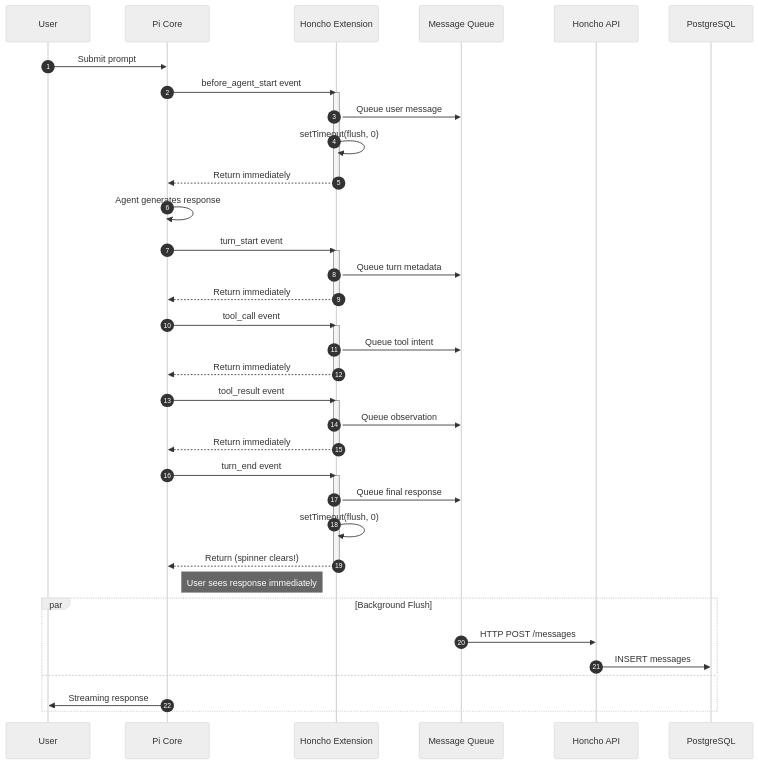
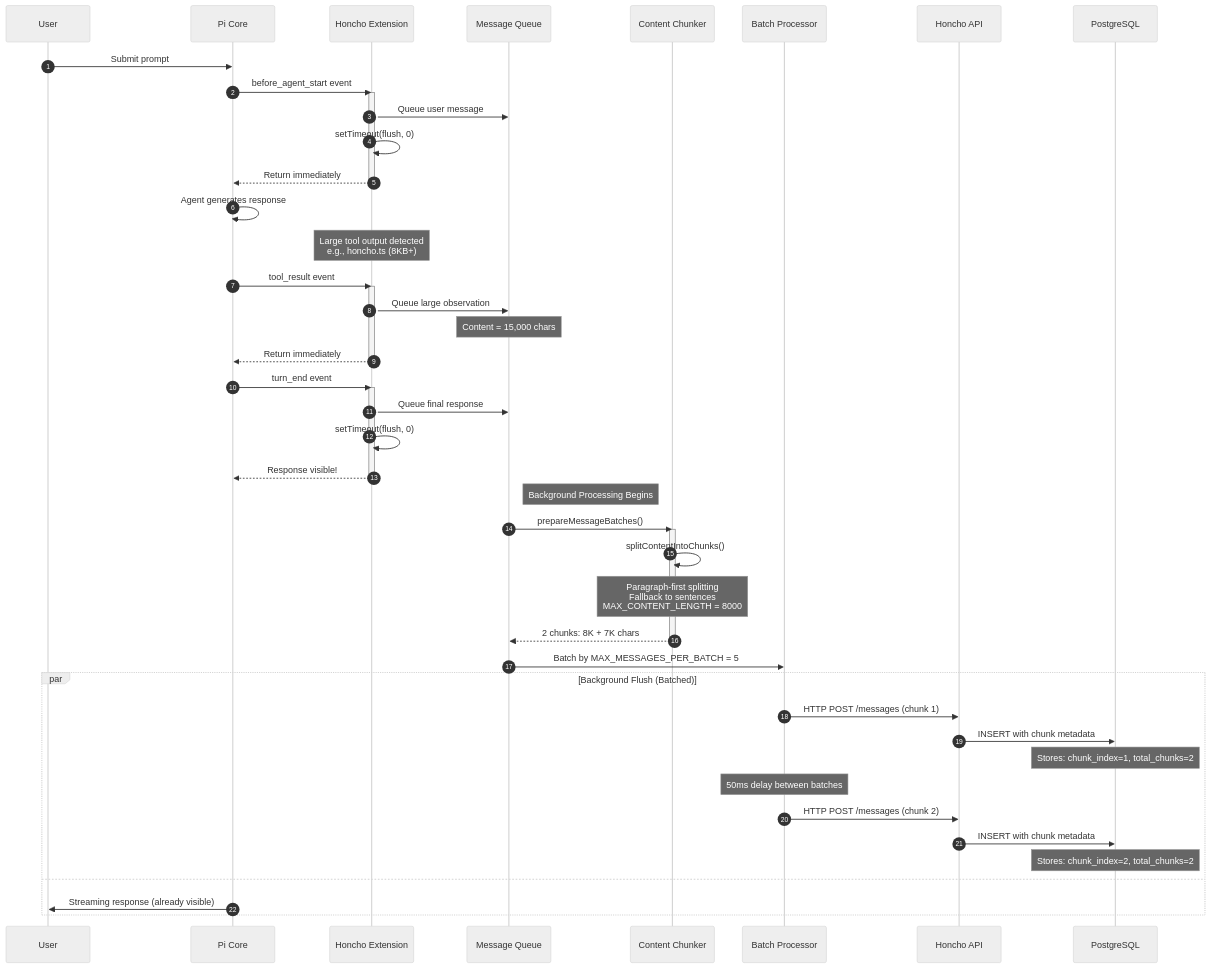
One commit to dsidlo/local-honcho changed the second of 8 diagrams in docs/v3/guides/community/dgs-integrations/pi-mono/agents/extensions/README-honcho.md. Above: the diagram before and after it, drawn with Mermaid (neutral theme). The commit also changed other lines of this file and 1 other file, not shown here.

First line of the commit message:
feat: Enhance Honcho extension with intelligent content chunking

````diff
--- a/docs/v3/guides/community/dgs-integrations/pi-mono/agents/extensions/README-honcho.md
+++ b/docs/v3/guides/community/dgs-integrations/pi-mono/agents/extensions/README-honcho.md
@@ -59,54 +63,63 @@
 ```mermaid
 sequenceDiagram
     autonumber
     participant User
     participant Pi as Pi Core
     participant Ext as Honcho Extension
     participant Queue as Message Queue
+    participant Chunker as Content Chunker
+    participant BATCH as Batch Processor
     participant API as Honcho API
     participant DB as PostgreSQL
 
     User->>Pi: Submit prompt
     Pi->>Ext: before_agent_start event
     activate Ext
     Ext->>Queue: Queue user message
     Ext->>Ext: setTimeout(flush, 0)
     Ext-->>Pi: Return immediately
     deactivate Ext
     
     Pi->>Pi: Agent generates response
     
-    Pi->>Ext: turn_start event
-    activate Ext
-    Ext->>Queue: Queue turn metadata
-    Ext-->>Pi: Return immediately
-    deactivate Ext
-    
-    Pi->>Ext: tool_call event
-    activate Ext
-    Ext->>Queue: Queue tool intent
-    Ext-->>Pi: Return immediately
-    deactivate Ext
+    Note over Ext: Large tool output detected<br/>e.g., honcho.ts (8KB+)
     
     Pi->>Ext: tool_result event  
     activate Ext
-    Ext->>Queue: Queue observation
+    Ext->>Queue: Queue large observation
+    Note over Queue: Content = 15,000 chars
     Ext-->>Pi: Return immediately
     deactivate Ext
     
     Pi->>Ext: turn_end event
     activate Ext
     Ext->>Queue: Queue final response
     Ext->>Ext: setTimeout(flush, 0)
-    Ext-->>Pi: Return (spinner clears!)
+    Ext-->>Pi: Response visible!
     deactivate Ext
     
-    Note right of Pi: User sees response immediately
+    Note right of Queue: Background Processing Begins
     
-    par Background Flush
-        Queue->>API: HTTP POST /messages
-        API->>DB: INSERT messages
+    Queue->>Chunker: prepareMessageBatches()
+    activate Chunker
+    Chunker->>Chunker: splitContentIntoChunks()
+    Note over Chunker: Paragraph-first splitting<br/>Fallback to sentences<br/>MAX_CONTENT_LENGTH = 8000
+    Chunker-->>Queue: 2 chunks: 8K + 7K chars
+    deactivate Chunker
+    
+    Queue->>BATCH: Batch by MAX_MESSAGES_PER_BATCH = 5
+    
+    par Background Flush (Batched)
+        BATCH->>API: HTTP POST /messages (chunk 1)
+        API->>DB: INSERT with chunk metadata
+        Note over DB: Stores: chunk_index=1, total_chunks=2
+        
+        Note over BATCH: 50ms delay between batches
+        
+        BATCH->>API: HTTP POST /messages (chunk 2)
+        API->>DB: INSERT with chunk metadata
+        Note over DB: Stores: chunk_index=2, total_chunks=2
     and
-        Pi->>User: Streaming response
+        Pi->>User: Streaming response (already visible)
     end
 ```
````
